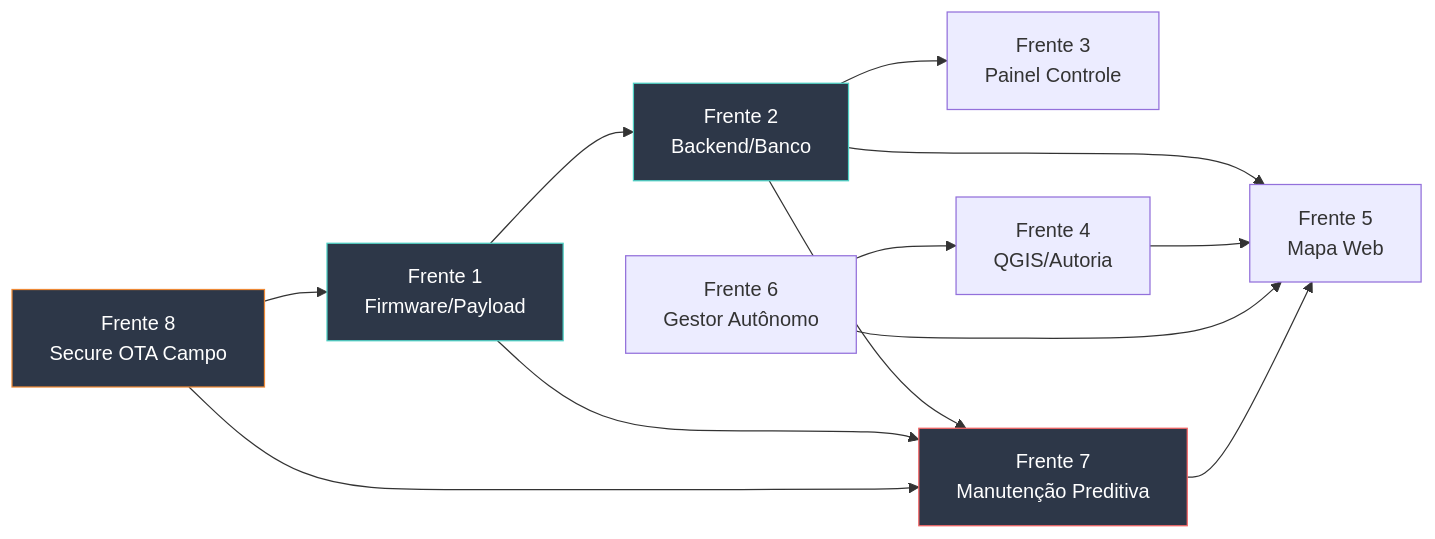
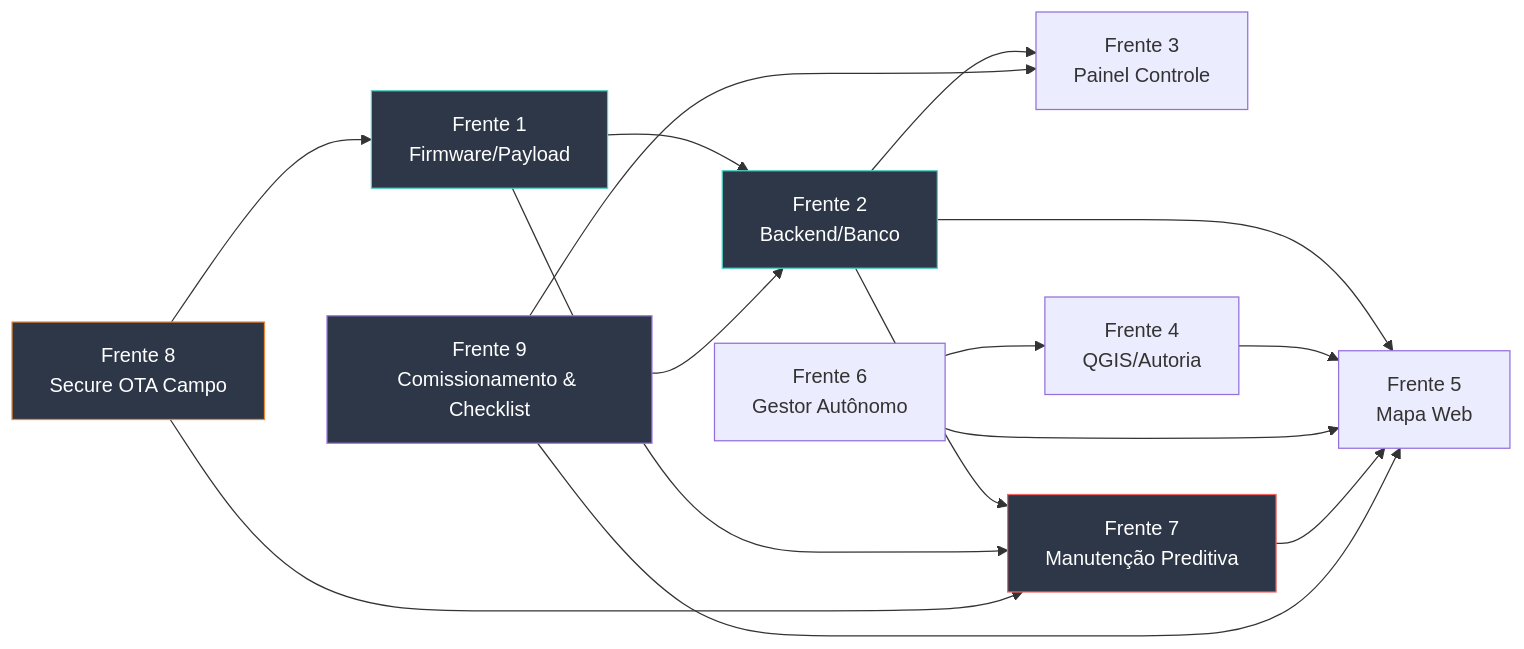
Before and after one commit to Hardtron/Sentinela: the second of 2 diagrams in antigravityplan.md, drawn with Mermaid. The commit also changed other lines of this file and 1 other file, not shown here.

Commit message:
Frente 9: migracao 007 (ciclo de vida, checklist, teste de enlace)

````diff
--- a/antigravityplan.md
+++ b/antigravityplan.md
@@ -459,19 +751,23 @@
 ```mermaid
 graph LR
     F1[Frente 1<br>Firmware/Payload] --> F2[Frente 2<br>Backend/Banco]
     F2 --> F3[Frente 3<br>Painel Controle]
     F2 --> F5[Frente 5<br>Mapa Web]
     F4[Frente 4<br>QGIS/Autoria] --> F5
     F2 --> F7[Frente 7<br>Manutenção Preditiva]
     F1 --> F7
     F6[Frente 6<br>Gestor Autônomo] --> F5
     F6 --> F4
     F7 --> F5
     F8[Frente 8<br>Secure OTA Campo] --> F1
     F8 --> F7
+    F9[Frente 9<br>Comissionamento & Checklist] --> F2
+    F9 --> F5
+    F9 --> F3
     
     style F1 fill:#2d3748,stroke:#4fd1c5,color:#fff
     style F2 fill:#2d3748,stroke:#4fd1c5,color:#fff
     style F7 fill:#2d3748,stroke:#f56565,color:#fff
     style F8 fill:#2d3748,stroke:#ed8936,color:#fff
+    style F9 fill:#2d3748,stroke:#9f7aea,color:#fff
 ```
````
